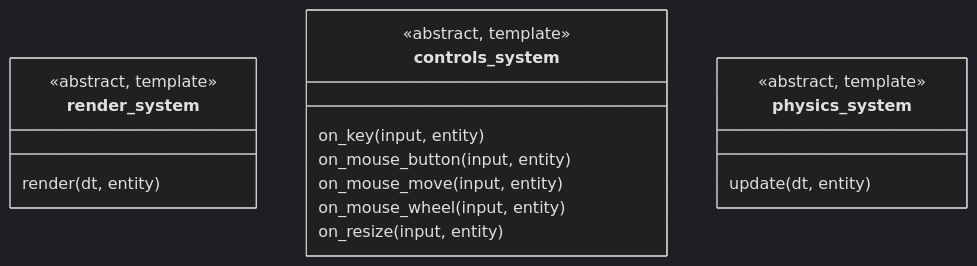
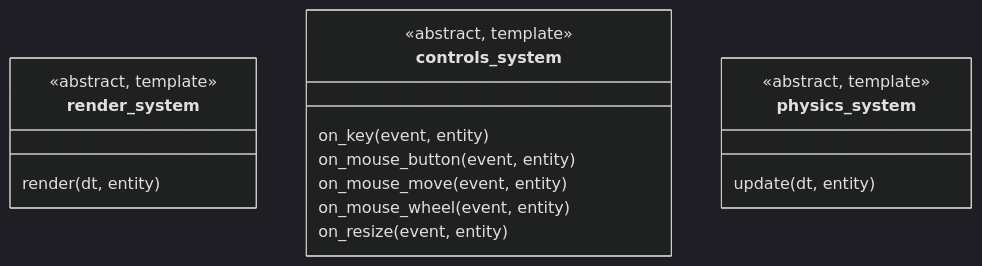
Before and after one commit to barne856/square: the first of 3 diagrams in README.md, drawn with Mermaid (dark theme). The commit also changed other lines of this file and 13 other files, not shown here.

````diff
--- a/README.md
+++ b/README.md
@@ -3,21 +3,21 @@
 ```mermaid
 classDiagram
     class render_system {
       <<abstract, template>>
       render(dt, entity)
     }
 
     class controls_system {
       <<abstract, template>>
-    on_key(input, entity)
-    on_mouse_button(input, entity)
-    on_mouse_move(input, entity)
-    on_mouse_wheel(input, entity)
-    on_resize(input, entity)
+    on_key(event, entity)
+    on_mouse_button(event, entity)
+    on_mouse_move(event, entity)
+    on_mouse_wheel(event, entity)
+    on_resize(event, entity)
     }
 
     class physics_system {
       <<abstract, template>>
       update(dt, entity)
     }
 ```
````
